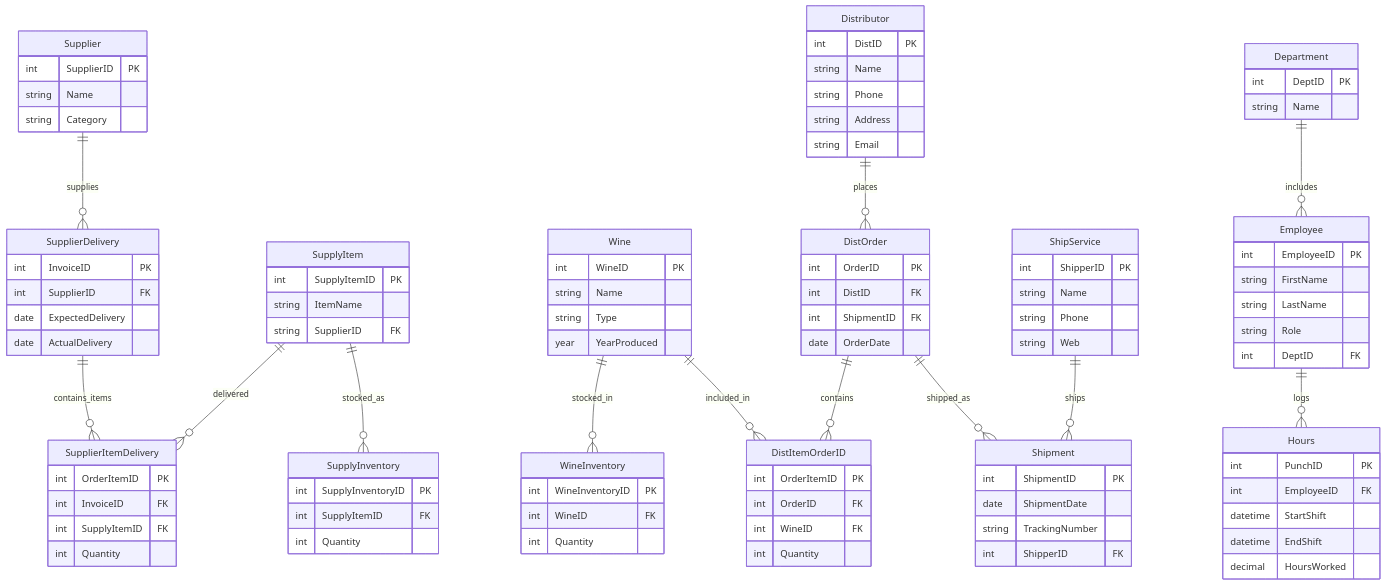
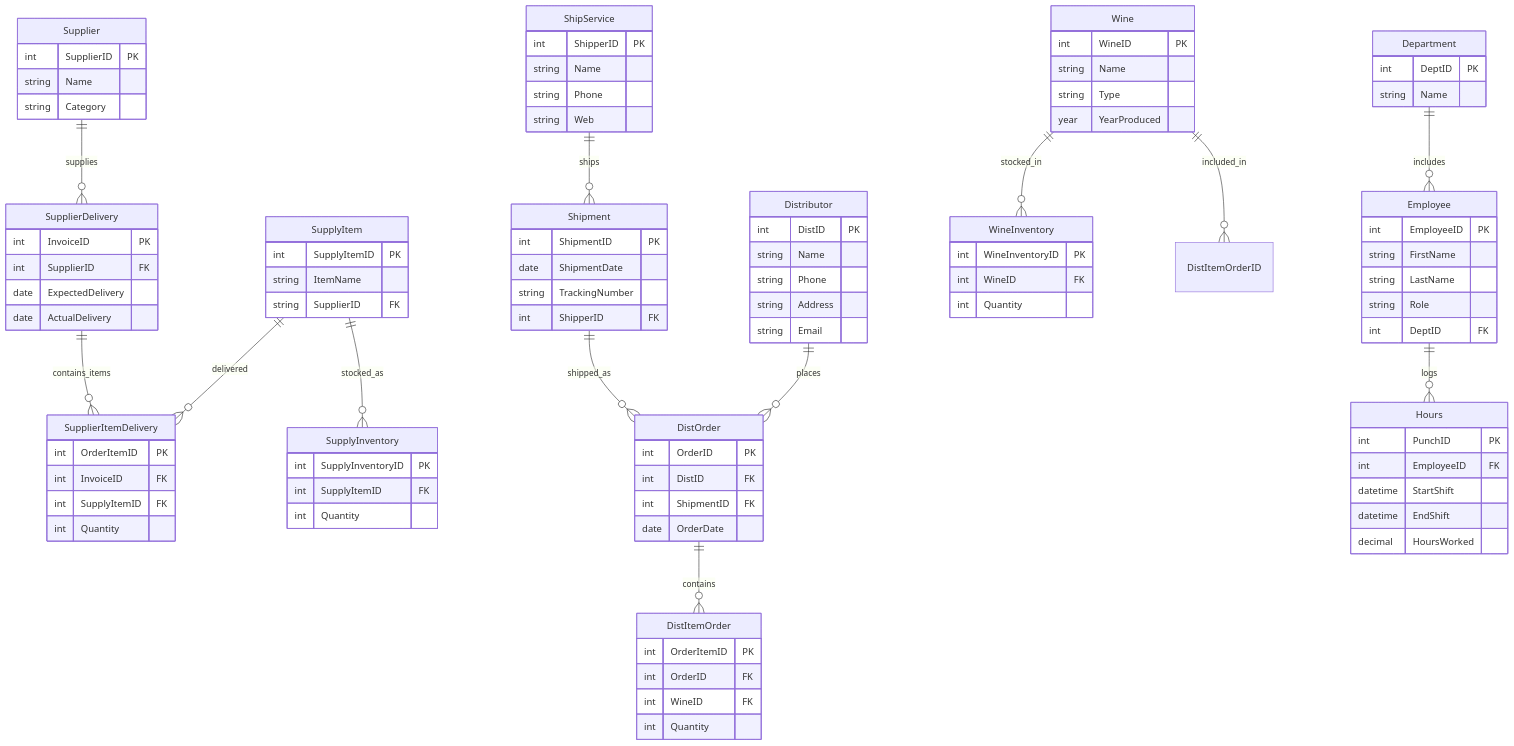
The diagram in Final_Project/ERD.mmd (BobbyJoeCool/CSD310-BlueTeam), drawn with Mermaid before and after one commit.

Commit message:
MMD update

```diff
--- a/Final_Project/ERD.mmd
+++ b/Final_Project/ERD.mmd
@@ -1,135 +1,135 @@
 erDiagram
     direction TB
 
     %% Supplier Tables
 
     Supplier {
         int SupplierID PK
         string Name
         string Category
     }
 
     SupplierDelivery {
         int InvoiceID PK
         int SupplierID FK
         date ExpectedDelivery
         date ActualDelivery
     }
 
     SupplyItem {
         int SupplyItemID PK
         string ItemName
         string SupplierID FK
     }
 
     SupplyInventory {
         int SupplyInventoryID PK
         int SupplyItemID FK
         int Quantity
     }
 
     SupplierItemDelivery {
         int OrderItemID PK
         int InvoiceID FK
         int SupplyItemID FK
         int Quantity
     }
 
 
     %% Wine TABLES
 
     WineInventory {
         int WineInventoryID PK
         int WineID FK
         int Quantity
     }
 
     Wine {
         int WineID PK
         string Name
         string Type
         year YearProduced
     }
 
 
     %% DISTRIBUTOR TABLES
 
     Distributor {
         int DistID PK
         string Name
         string Phone
         string Address
         string Email
     }
 
     DistOrder {
         int OrderID PK
         int DistID FK
         int ShipmentID FK
         date OrderDate
     }
 
-    DistItemOrderID {
+    DistItemOrder {
         int OrderItemID PK
         int OrderID FK
         int WineID FK
         int Quantity
     }
 
     ShipService {
         int ShipperID PK
         string Name
         string Phone
         string Web
     }
 
     Shipment {
         int ShipmentID PK
         date ShipmentDate
         string TrackingNumber
         int ShipperID FK
     }
 
 
     %% Employee Tables
 
     Department {
         int DeptID PK
         string Name
     }
 
     Employee {
         int EmployeeID PK
         string FirstName
         string LastName
         string Role
         int DeptID FK
     }
 
     Hours {
         int PunchID PK
         int EmployeeID FK
         datetime StartShift
         datetime EndShift
         decimal HoursWorked
     }
 
 
     %% RELATIONSHIPS
     
     Supplier ||--o{ SupplierDelivery : supplies
     SupplierDelivery ||--o{ SupplierItemDelivery : contains_items
     SupplyItem ||--o{ SupplierItemDelivery : delivered
     SupplyItem ||--o{ SupplyInventory : stocked_as
 
     Wine ||--o{ WineInventory : stocked_in
     Wine ||--o{ DistItemOrderID : included_in
 
     Department ||--o{ Employee : includes
     Employee ||--o{ Hours : logs
 
     Distributor ||--o{ DistOrder : places
-    DistOrder ||--o{ DistItemOrderID : contains
+    DistOrder ||--o{ DistItemOrder : contains
 
-    DistOrder ||--o{ Shipment : shipped_as
+    Shipment ||--o{ DistOrder : shipped_as
     ShipService ||--o{ Shipment : ships
```
